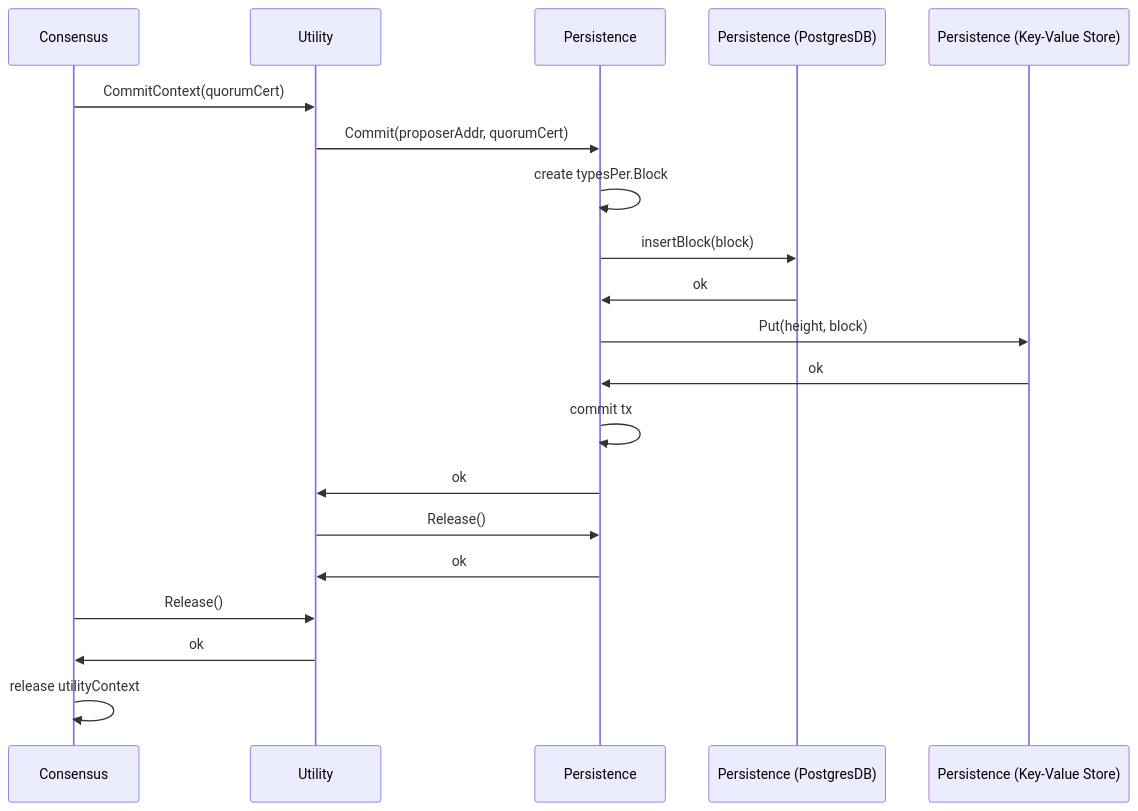
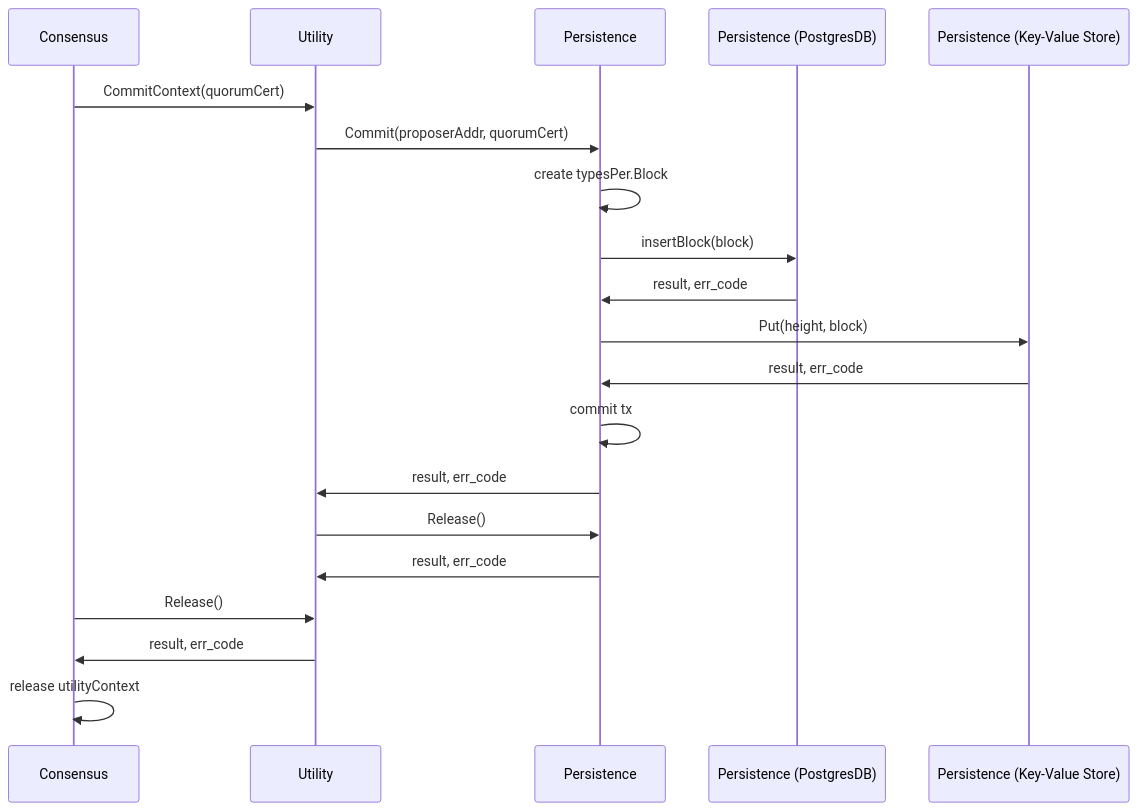
Before and after one commit to pokt-network/pocket: the third of 3 diagrams in shared/docs/flows/AppHash.md, drawn with Mermaid. The commit also changed other lines of this file, not shown here.

Commit message:
Replace data | ok with result, err_code

````diff
--- a/shared/docs/flows/AppHash.md
+++ b/shared/docs/flows/AppHash.md
@@ -82,23 +85,23 @@
 ```mermaid
 sequenceDiagram
     %% autonumber
     participant C as Consensus
     participant U as Utility
     participant P as Persistence
     participant PP as Persistence (PostgresDB)
     participant PK as Persistence (Key-Value Store)
     C->>U: CommitContext(quorumCert)
     U->>P: Commit(proposerAddr, quorumCert)
     P->>P: create typesPer.Block
     P->>PP: insertBlock(block)
-    PP->>P: ok
+    PP->>P: result, err_code
     P->>PK: Put(height, block)
-    PK->>P: ok
+    PK->>P: result, err_code
     P->>P: commit tx
-    P->>U: ok
+    P->>U: result, err_code
     U->>P: Release()
-    P->>U: ok
+    P->>U: result, err_code
     C->>U: Release()
-    U->>C: ok
+    U->>C: result, err_code
     C->>C: release utilityContext
 ```
````
